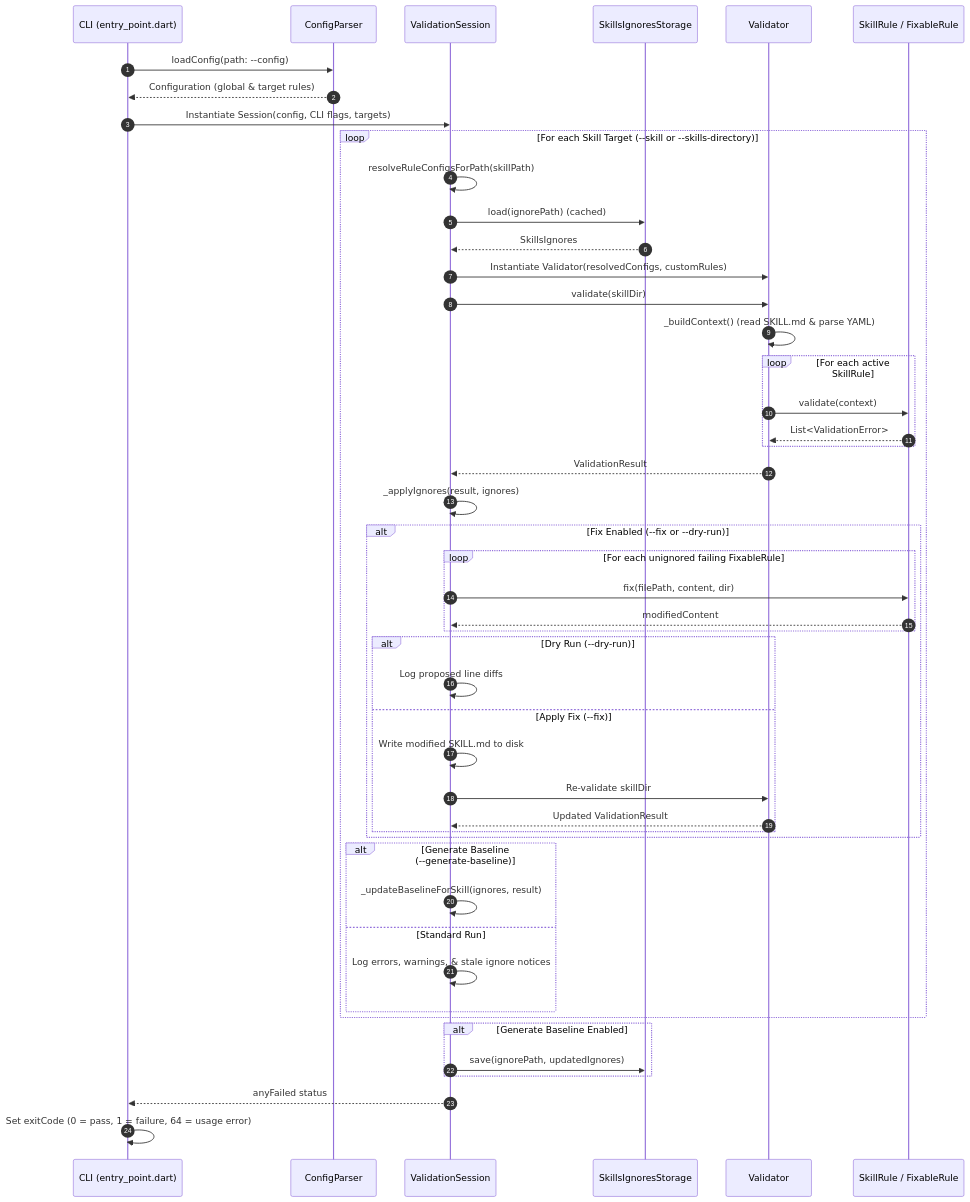
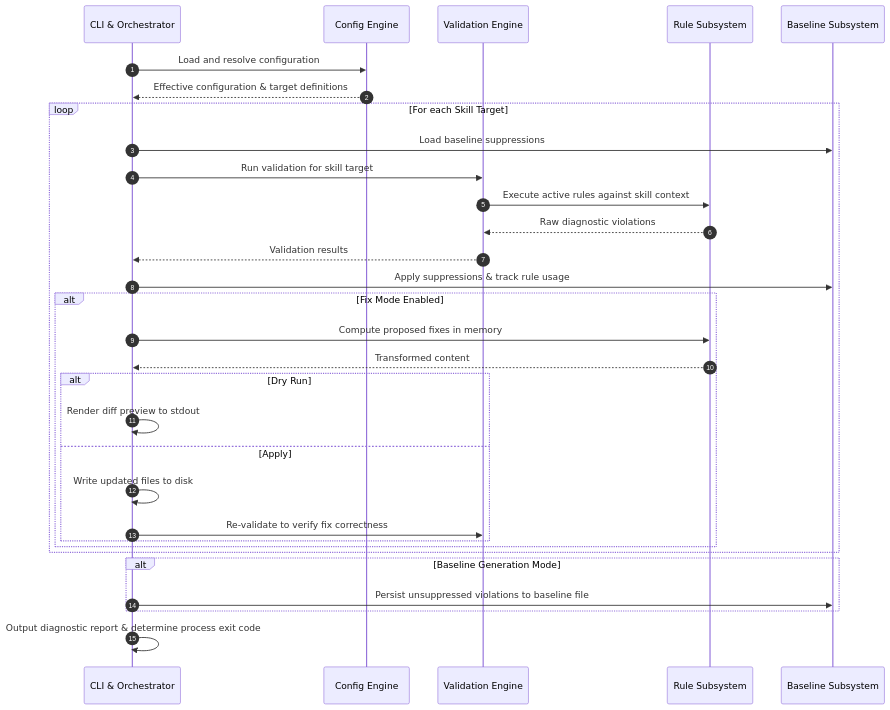
The diagram in packages/skills_lint/documentation/knowledge/architecture_overview.md (google/skills_lint.dart), drawn with Mermaid before and after one commit. The commit also changed other lines of this file, not shown here.

Commit message:
docs: focus architecture overview on durable patterns and rejected anti-patterns

````diff
--- a/packages/skills_lint/documentation/knowledge/architecture_overview.md
+++ b/packages/skills_lint/documentation/knowledge/architecture_overview.md
@@ -107,56 +42,38 @@
 ```mermaid
 sequenceDiagram
     autonumber
-    participant CLI as CLI (entry_point.dart)
-    participant Config as ConfigParser
-    participant Session as ValidationSession
-    participant Storage as SkillsIgnoresStorage
-    participant Validator as Validator
-    participant Rule as SkillRule / FixableRule
+    participant CLI as CLI & Orchestrator
+    participant Config as Config Engine
+    participant Engine as Validation Engine
+    participant Rules as Rule Subsystem
+    participant Baseline as Baseline Subsystem
 
-    CLI->>Config: loadConfig(path: --config)
-    Config-->>CLI: Configuration (global & target rules)
-    CLI->>Session: Instantiate Session(config, CLI flags, targets)
+    CLI->>Config: Load and resolve configuration
+    Config-->>CLI: Effective configuration & target definitions
     
-    loop For each Skill Target (--skill or --skills-directory)
-        Session->>Session: resolveRuleConfigsForPath(skillPath)
-        Session->>Storage: load(ignorePath) (cached)
-        Storage-->>Session: SkillsIgnores
-        Session->>Validator: Instantiate Validator(resolvedConfigs, customRules)
-        Session->>Validator: validate(skillDir)
-        Validator->>Validator: _buildContext() (read SKILL.md & parse YAML)
-        loop For each active SkillRule
-            Validator->>Rule: validate(context)
-            Rule-->>Validator: List<ValidationError>
-        end
-        Validator-->>Session: ValidationResult
-        Session->>Session: _applyIgnores(result, ignores)
+    loop For each Skill Target
+        CLI->>Baseline: Load baseline suppressions
+        CLI->>Engine: Run validation for skill target
+        Engine->>Rules: Execute active rules against skill context
+        Rules-->>Engine: Raw diagnostic violations
+        Engine-->>CLI: Validation results
+        CLI->>Baseline: Apply suppressions & track rule usage
         
-        alt Fix Enabled (--fix or --dry-run)
-            loop For each unignored failing FixableRule
-                Session->>Rule: fix(filePath, content, dir)
-                Rule-->>Session: modifiedContent
+        alt Fix Mode Enabled
+            CLI->>Rules: Compute proposed fixes in memory
+            Rules-->>CLI: Transformed content
+            alt Dry Run
+                CLI->>CLI: Render diff preview to stdout
+            else Apply
+                CLI->>CLI: Write updated files to disk
+                CLI->>Engine: Re-validate to verify fix correctness
             end
-            alt Dry Run (--dry-run)
-                Session->>Session: Log proposed line diffs
-            else Apply Fix (--fix)
-                Session->>Session: Write modified SKILL.md to disk
-                Session->>Validator: Re-validate skillDir
-                Validator-->>Session: Updated ValidationResult
-            end
-        end
-
-        alt Generate Baseline (--generate-baseline)
-            Session->>Session: _updateBaselineForSkill(ignores, result)
-        else Standard Run
-            Session->>Session: Log errors, warnings, & stale ignore notices
         end
     end
 
-    alt Generate Baseline Enabled
-        Session->>Storage: save(ignorePath, updatedIgnores)
+    alt Baseline Generation Mode
+        CLI->>Baseline: Persist unsuppressed violations to baseline file
     end
 
-    Session-->>CLI: anyFailed status
-    CLI->>CLI: Set exitCode (0 = pass, 1 = failure, 64 = usage error)
+    CLI->>CLI: Output diagnostic report & determine process exit code
 ```
````
